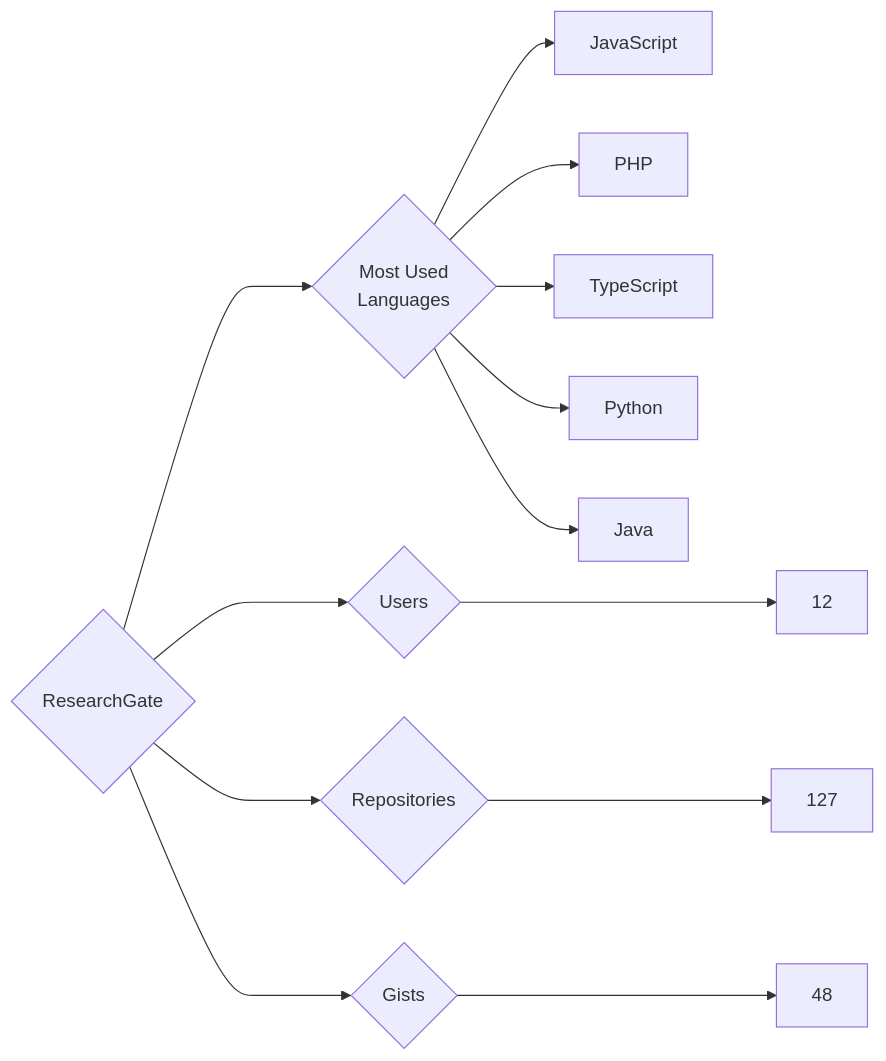
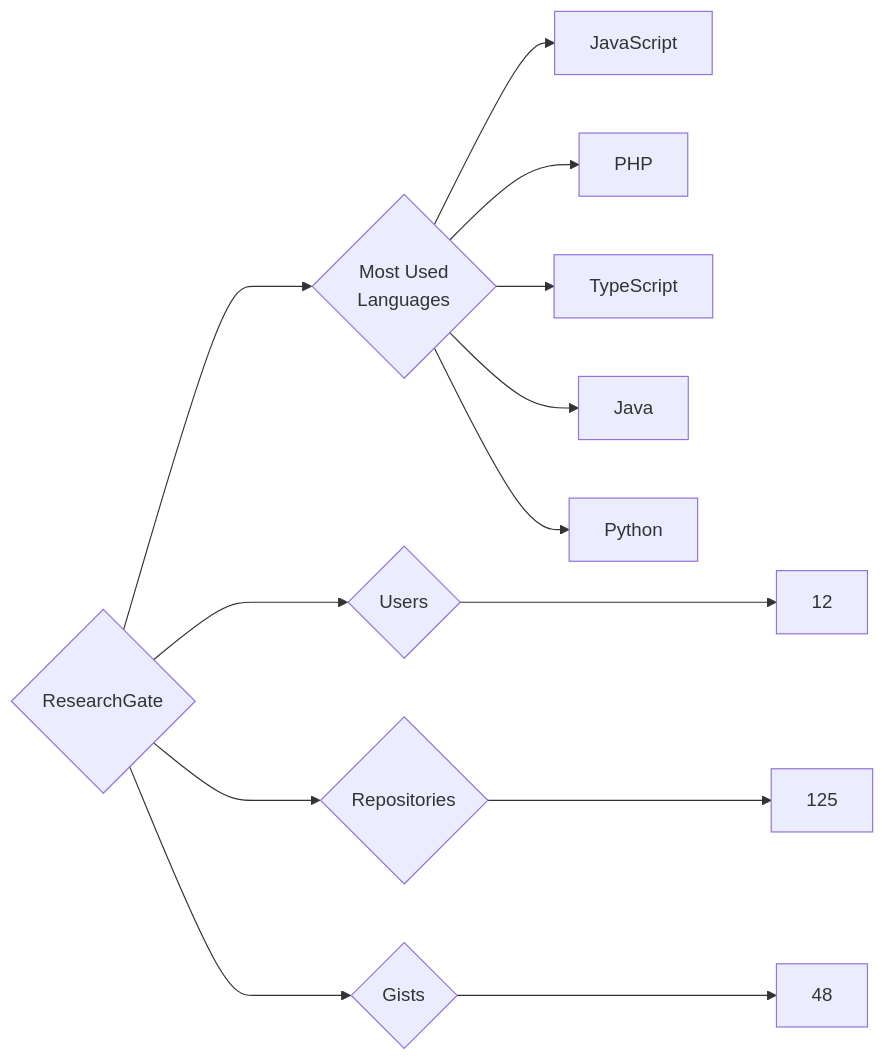
One commit to trickest/insiders changed the diagram in targets/ResearchGate/README.md. Above: the diagram before and after it, drawn with Mermaid. The commit also changed 799 other files, not shown here.

````diff
--- a/targets/ResearchGate/README.md
+++ b/targets/ResearchGate/README.md
@@ -3,13 +3,13 @@
 ```mermaid
 graph LR
 COMPANY_NAME{ResearchGate}
 COMPANY_NAME ---> U{Users} ---> UN[12]
-COMPANY_NAME ---> R{Repositories} ---> RN[127]
+COMPANY_NAME ---> R{Repositories} ---> RN[125]
 COMPANY_NAME ---> G{Gists} ---> GN[48]
 COMPANY_NAME ---> ML{Most Used<br>Languages}
 ML --> JavaScript[JavaScript]
 ML --> PHP[PHP]
 ML --> TypeScript[TypeScript]
+ML --> Java[Java]
 ML --> Python[Python]
-ML --> Java[Java]
 ```
````
